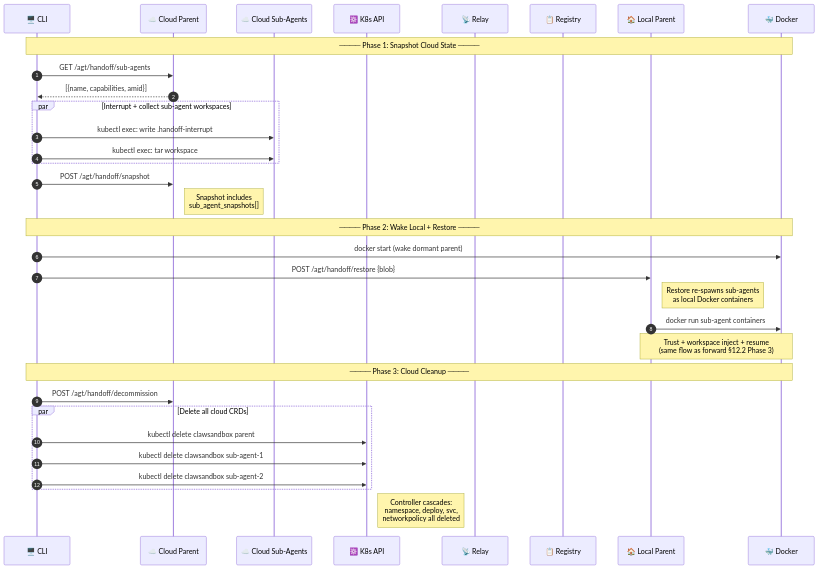
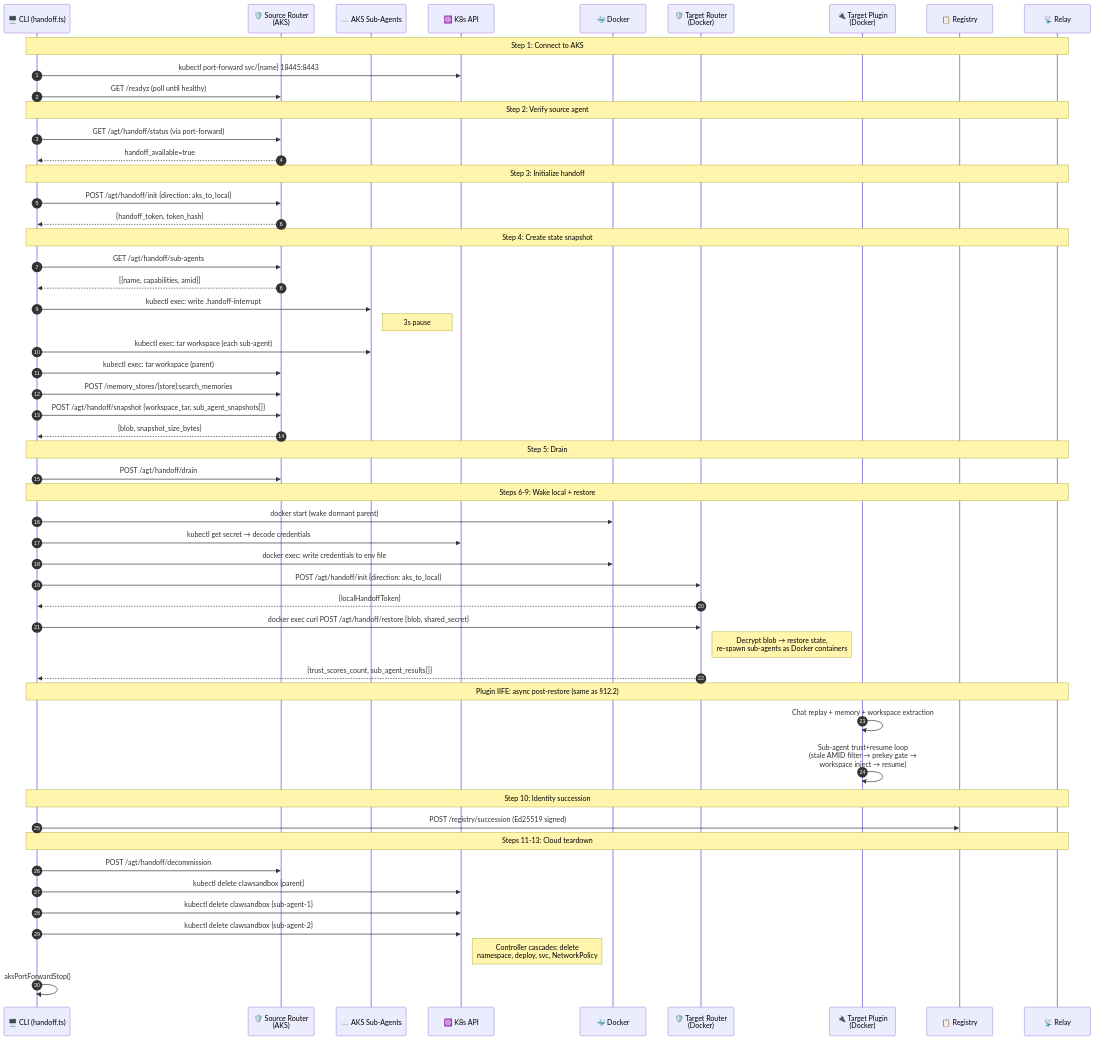
Before and after one commit to Azure/kars: diagram 23 of 25 in docs/architecture-diagrams.md, drawn with Mermaid. The commit also changed other lines of this file, not shown here.

First line of the commit message:
docs: fix section 12 handoff diagrams — validated against implementation

````diff
--- a/docs/architecture-diagrams.md
+++ b/docs/architecture-diagrams.md
@@ -1044,44 +1066,73 @@
 ```mermaid
 sequenceDiagram
     autonumber
-    participant CLI as 🖥️ CLI
-    participant CP as ☁️ Cloud Parent
-    participant CS as ☁️ Cloud Sub-Agents
+    participant CLI as 🖥️ CLI (handoff.ts)
+    participant SrcR as 🛡️ Source Router<br/>(AKS)
+    participant Sub as ☁️ AKS Sub-Agents
     participant K8s as ☸️ K8s API
+    participant Docker as 🐳 Docker
+    participant TgtR as 🛡️ Target Router<br/>(Docker)
+    participant Plugin as 🔌 Target Plugin<br/>(Docker)
+    participant Reg as 📋 Registry
     participant Relay as 📡 Relay
-    participant Reg as 📋 Registry
-    participant LP as 🏠 Local Parent
-    participant Docker as 🐳 Docker
 
-    Note over CLI,Docker: ──── Phase 1: Snapshot Cloud State ────
+    Note over CLI,Relay: Step 1: Connect to AKS
 
-    CLI->>CP: GET /agt/handoff/sub-agents
-    CP-->>CLI: [{name, capabilities, amid}]
+    CLI->>K8s: kubectl port-forward svc/{name} 18445:8443
+    CLI->>SrcR: GET /readyz (poll until healthy)
 
-    par Interrupt + collect sub-agent workspaces
-        CLI->>CS: kubectl exec: write .handoff-interrupt
-        CLI->>CS: kubectl exec: tar workspace
-    end
+    Note over CLI,Relay: Step 2: Verify source agent
 
-    CLI->>CP: POST /agt/handoff/snapshot
-    Note right of CP: Snapshot includes<br/>sub_agent_snapshots[]
+    CLI->>SrcR: GET /agt/handoff/status (via port-forward)
+    SrcR-->>CLI: handoff_available=true
 
-    Note over CLI,Docker: ──── Phase 2: Wake Local + Restore ────
+    Note over CLI,Relay: Step 3: Initialize handoff
+
+    CLI->>SrcR: POST /agt/handoff/init {direction: aks_to_local}
+    SrcR-->>CLI: {handoff_token, token_hash}
+
+    Note over CLI,Relay: Step 4: Create state snapshot
+
+    CLI->>SrcR: GET /agt/handoff/sub-agents
+    SrcR-->>CLI: [{name, capabilities, amid}]
+    CLI->>Sub: kubectl exec: write .handoff-interrupt
+    Note right of Sub: 3s pause
+    CLI->>Sub: kubectl exec: tar workspace (each sub-agent)
+    CLI->>SrcR: kubectl exec: tar workspace (parent)
+    CLI->>SrcR: POST /memory_stores/{store}:search_memories
+    CLI->>SrcR: POST /agt/handoff/snapshot {workspace_tar, sub_agent_snapshots[]}
+    SrcR-->>CLI: {blob, snapshot_size_bytes}
+
+    Note over CLI,Relay: Step 5: Drain
+
+    CLI->>SrcR: POST /agt/handoff/drain
+
+    Note over CLI,Relay: Steps 6-9: Wake local + restore
 
     CLI->>Docker: docker start (wake dormant parent)
-    CLI->>LP: POST /agt/handoff/restore {blob}
-    Note right of LP: Restore re-spawns sub-agents<br/>as local Docker containers
+    CLI->>K8s: kubectl get secret → decode credentials
+    CLI->>Docker: docker exec: write credentials to env file
+    CLI->>TgtR: POST /agt/handoff/init {direction: aks_to_local}
+    TgtR-->>CLI: {localHandoffToken}
+    CLI->>TgtR: docker exec curl POST /agt/handoff/restore {blob, shared_secret}
+    Note right of TgtR: Decrypt blob → restore state,<br/>re-spawn sub-agents as Docker containers
+    TgtR-->>CLI: {trust_scores_count, sub_agent_results[]}
 
-    LP->>Docker: docker run sub-agent containers
-    Note over LP,Docker: Trust + workspace inject + resume<br/>(same flow as forward §12.2 Phase 3)
+    Note over CLI,Relay: Plugin IIFE: async post-restore (same as §12.2)
 
-    Note over CLI,Docker: ──── Phase 3: Cloud Cleanup ────
+    Plugin->>Plugin: Chat replay + memory + workspace extraction
+    Plugin->>Plugin: Sub-agent trust+resume loop<br/>(stale AMID filter → prekey gate →<br/>workspace inject → resume)
 
-    CLI->>CP: POST /agt/handoff/decommission
-    par Delete all cloud CRDs
-        CLI->>K8s: kubectl delete clawsandbox parent
-        CLI->>K8s: kubectl delete clawsandbox sub-agent-1
-        CLI->>K8s: kubectl delete clawsandbox sub-agent-2
-    end
-    Note right of K8s: Controller cascades:<br/>namespace, deploy, svc,<br/>networkpolicy all deleted
+    Note over CLI,Relay: Step 10: Identity succession
+
+    CLI->>Reg: POST /registry/succession (Ed25519 signed)
+
+    Note over CLI,Relay: Steps 11-13: Cloud teardown
+
+    CLI->>SrcR: POST /agt/handoff/decommission
+    CLI->>K8s: kubectl delete clawsandbox {parent}
+    CLI->>K8s: kubectl delete clawsandbox {sub-agent-1}
+    CLI->>K8s: kubectl delete clawsandbox {sub-agent-2}
+    Note right of K8s: Controller cascades: delete<br/>namespace, deploy, svc, NetworkPolicy
+    CLI->>CLI: aksPortForwardStop()
 ```
````
